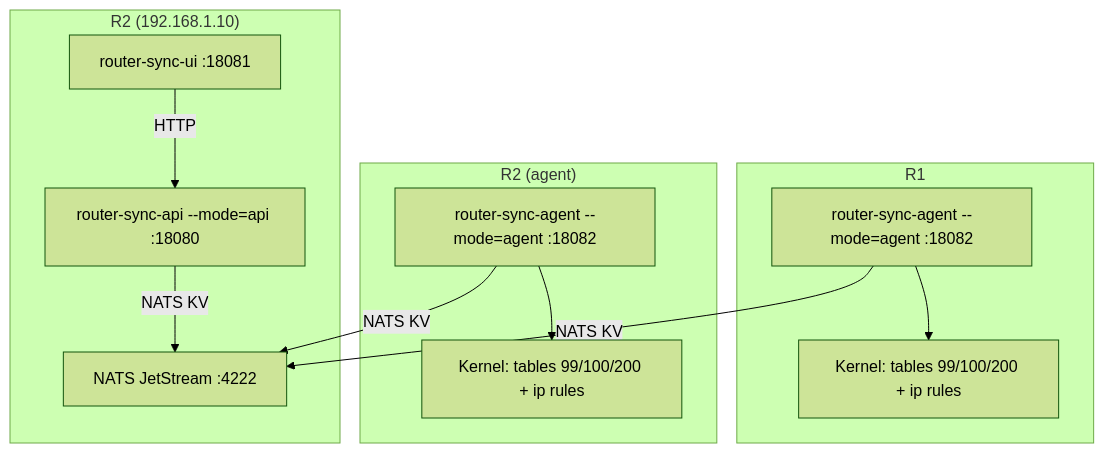
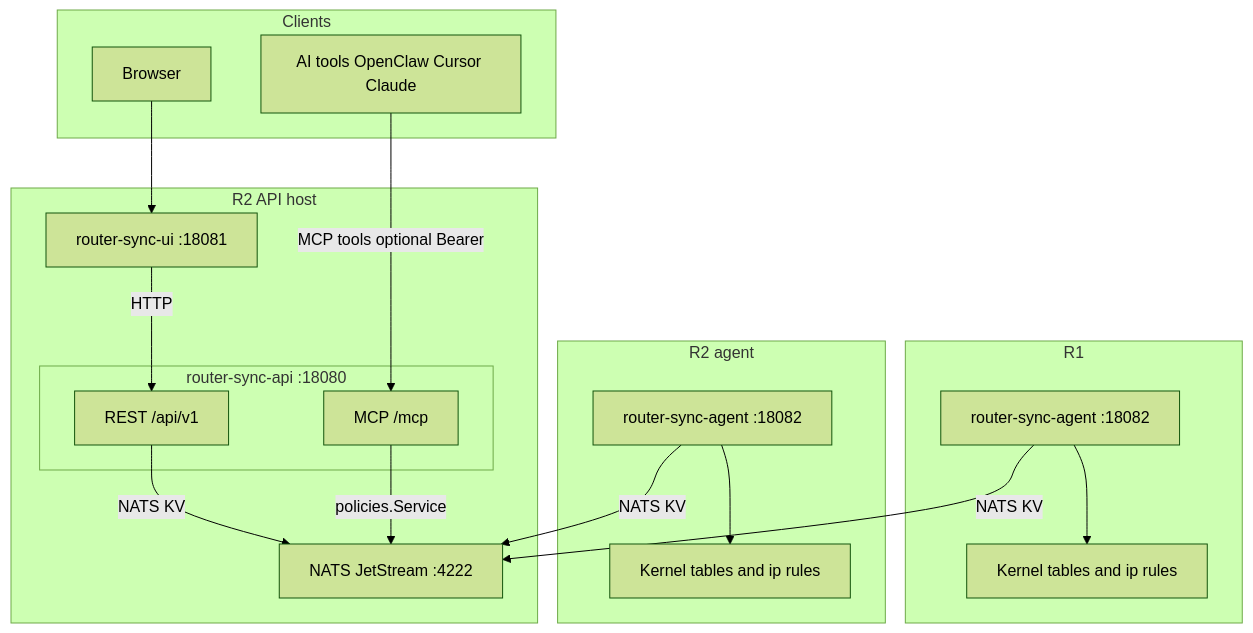
Before and after one commit to fcastello/router-sync: the first of 6 diagrams in ARCHITECTURE.md, drawn with Mermaid (forest theme). The commit also changed other lines of this file, not shown here.

First line of the commit message:
docs: add MCP and AI tools to architecture diagrams

````diff
--- a/ARCHITECTURE.md
+++ b/ARCHITECTURE.md
@@ -11,25 +13,36 @@
 ```mermaid
 flowchart TB
-  subgraph R2["R2 (192.168.1.10)"]
-    UI["router-sync-ui :18081"]
-    API["router-sync-api --mode=api :18080"]
-    NATS["NATS JetStream :4222"]
+  subgraph clients [Clients]
+    Browser[Browser]
+    AITools[AI tools OpenClaw Cursor Claude]
   end
 
-  subgraph R1["R1"]
-    A1["router-sync-agent --mode=agent :18082"]
-    K1["Kernel: tables 99/100/200 + ip rules"]
+  subgraph R2[R2 API host]
+    UI[router-sync-ui :18081]
+    subgraph apiproc [router-sync-api :18080]
+      REST[REST /api/v1]
+      MCP[MCP /mcp]
+    end
+    NATS[NATS JetStream :4222]
   end
 
-  subgraph R2agent["R2 (agent)"]
-    A2["router-sync-agent --mode=agent :18082"]
-    K2["Kernel: tables 99/100/200 + ip rules"]
+  subgraph R1[R1]
+    A1[router-sync-agent :18082]
+    K1[Kernel tables and ip rules]
   end
 
-  UI -->|HTTP| API
-  API -->|NATS KV| NATS
+  subgraph R2agent[R2 agent]
+    A2[router-sync-agent :18082]
+    K2[Kernel tables and ip rules]
+  end
+
+  Browser --> UI
+  UI -->|HTTP| REST
+  AITools -->|"MCP tools optional Bearer"| MCP
+  REST -->|NATS KV| NATS
+  MCP -->|policies.Service| NATS
   A1 -->|NATS KV| NATS
   A2 -->|NATS KV| NATS
   A1 --> K1
   A2 --> K2
 ```
````
